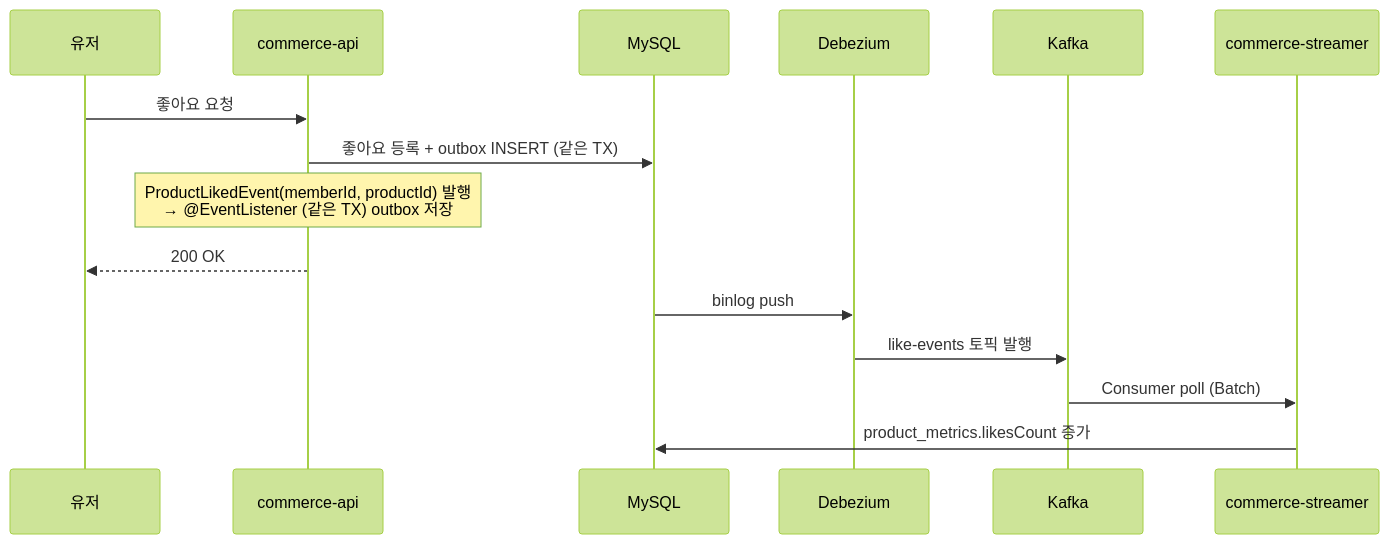
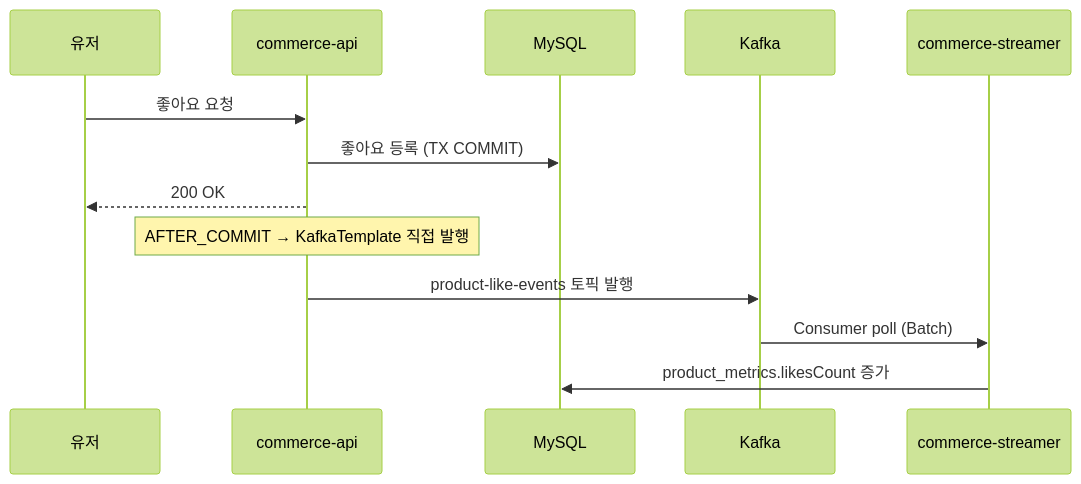
Before and after one commit to APapeIsName/loop-pack-be-l2-vol3-java: the second of 10 diagrams in docs/quests/round-07/flow-diagram.md, drawn with Mermaid (forest theme). The commit also changed other lines of this file and 3 other files, not shown here.

````diff
--- a/docs/quests/round-07/flow-diagram.md
+++ b/docs/quests/round-07/flow-diagram.md
@@ -28,19 +32,17 @@
 ```mermaid
 sequenceDiagram
     participant 유저
     participant API as commerce-api
     participant DB as MySQL
-    participant DEB as Debezium
     participant KF as Kafka
     participant STR as commerce-streamer
 
     유저->>API: 좋아요 요청
-    API->>DB: 좋아요 등록 + outbox INSERT (같은 TX)
-    Note over API: ProductLikedEvent(memberId, productId) 발행<br/>→ @EventListener (같은 TX) outbox 저장
+    API->>DB: 좋아요 등록 (TX COMMIT)
     API-->>유저: 200 OK
 
-    DB->>DEB: binlog push
-    DEB->>KF: like-events 토픽 발행
+    Note over API: AFTER_COMMIT → KafkaTemplate 직접 발행
+    API->>KF: product-like-events 토픽 발행
     KF->>STR: Consumer poll (Batch)
     STR->>DB: product_metrics.likesCount 증가
 ```
````
